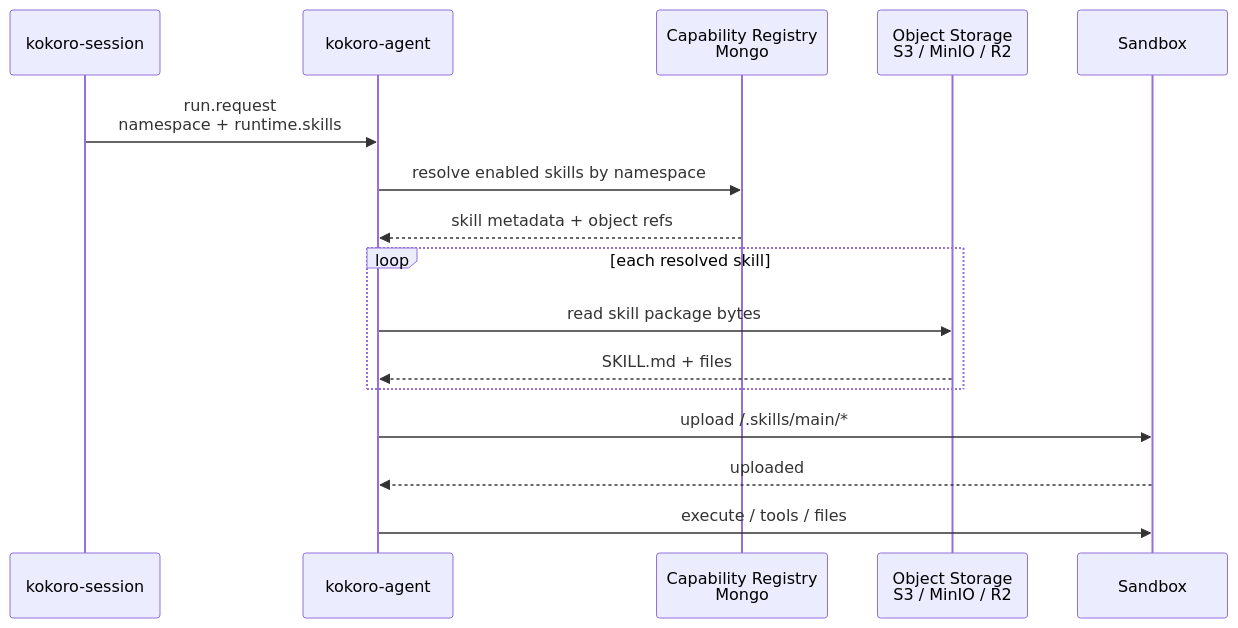
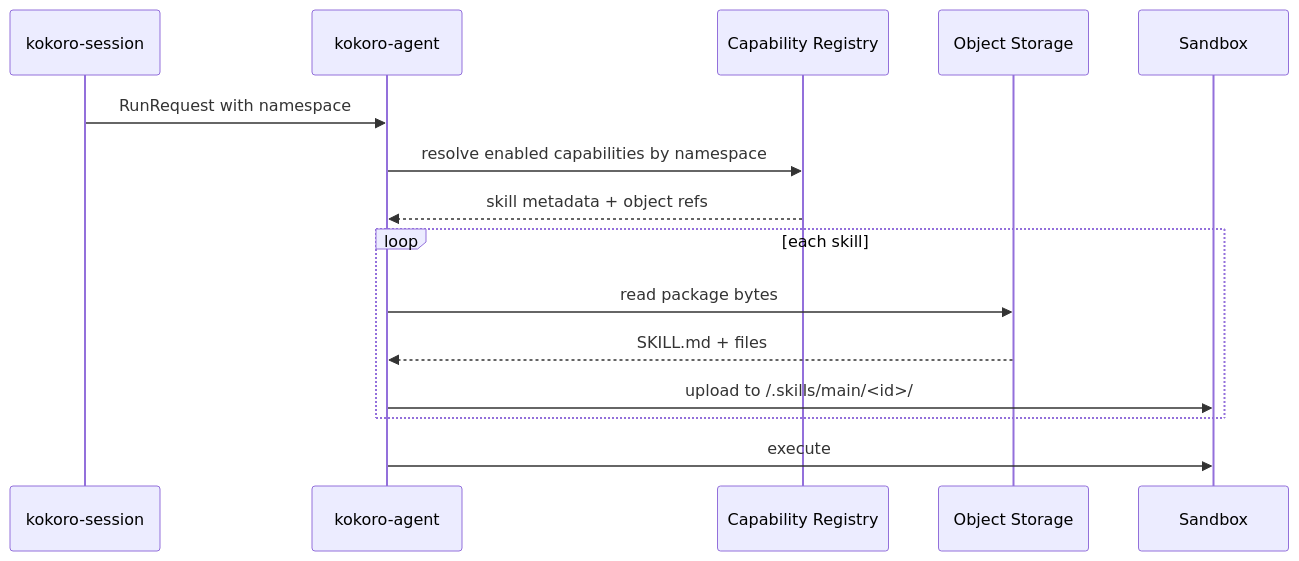
Before and after one commit to LordFoxFairy/Kokoro: the fifth of 8 diagrams in docs/superpowers/specs/2026-07-07-capability-namespace-auth-technical-plan.md, drawn with Mermaid. The commit also changed other lines of this file and 3 other files, not shown here.

````diff
--- a/docs/superpowers/specs/2026-07-07-capability-namespace-auth-technical-plan.md
+++ b/docs/superpowers/specs/2026-07-07-capability-namespace-auth-technical-plan.md
@@ -185,19 +317,18 @@
 ```mermaid
 sequenceDiagram
   participant S as kokoro-session
   participant GA as kokoro-agent
-  participant R as Capability Registry<br/>Mongo
-  participant O as Object Storage<br/>S3 / MinIO / R2
+  participant R as Capability Registry
+  participant O as Object Storage
   participant SB as Sandbox
 
-  S->>GA: run.request<br/>namespace + runtime.skills
-  GA->>R: resolve enabled skills by namespace
+  S->>GA: RunRequest with namespace
+  GA->>R: resolve enabled capabilities by namespace
   R-->>GA: skill metadata + object refs
-  loop each resolved skill
-    GA->>O: read skill package bytes
+  loop each skill
+    GA->>O: read package bytes
     O-->>GA: SKILL.md + files
+    GA->>SB: upload to /.skills/main/<id>/
   end
-  GA->>SB: upload /.skills/main/*
-  SB-->>GA: uploaded
-  GA->>SB: execute / tools / files
+  GA->>SB: execute
 ```
````
